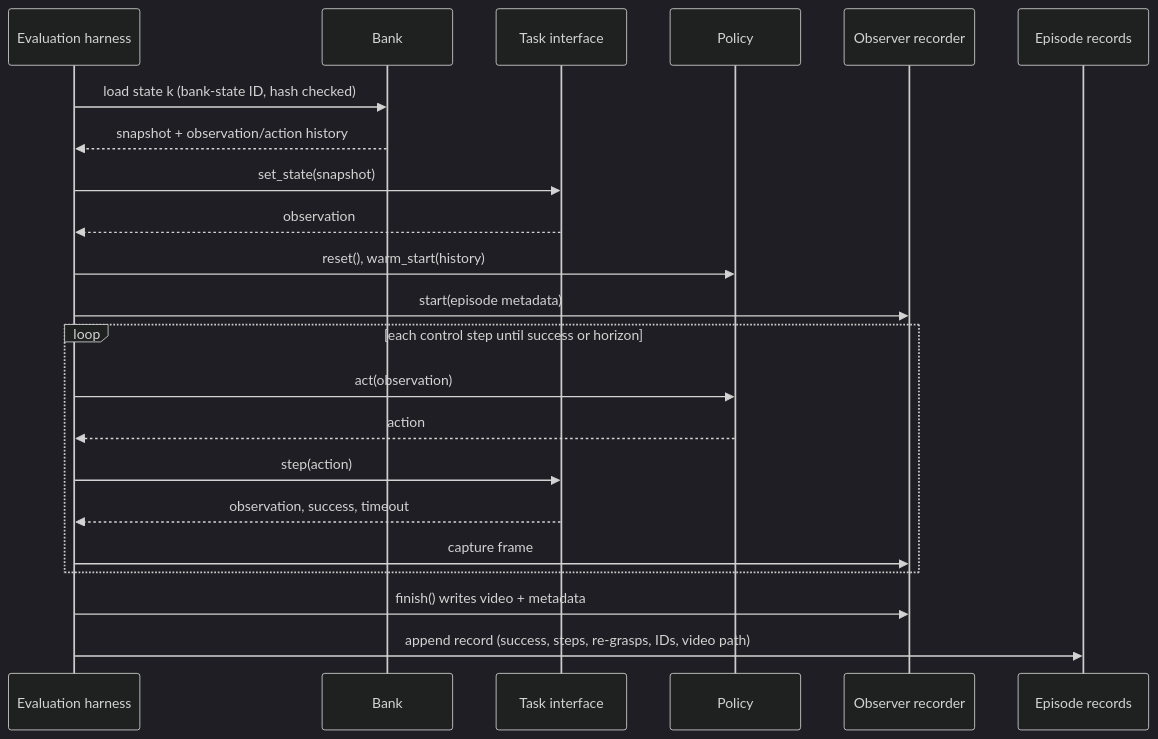
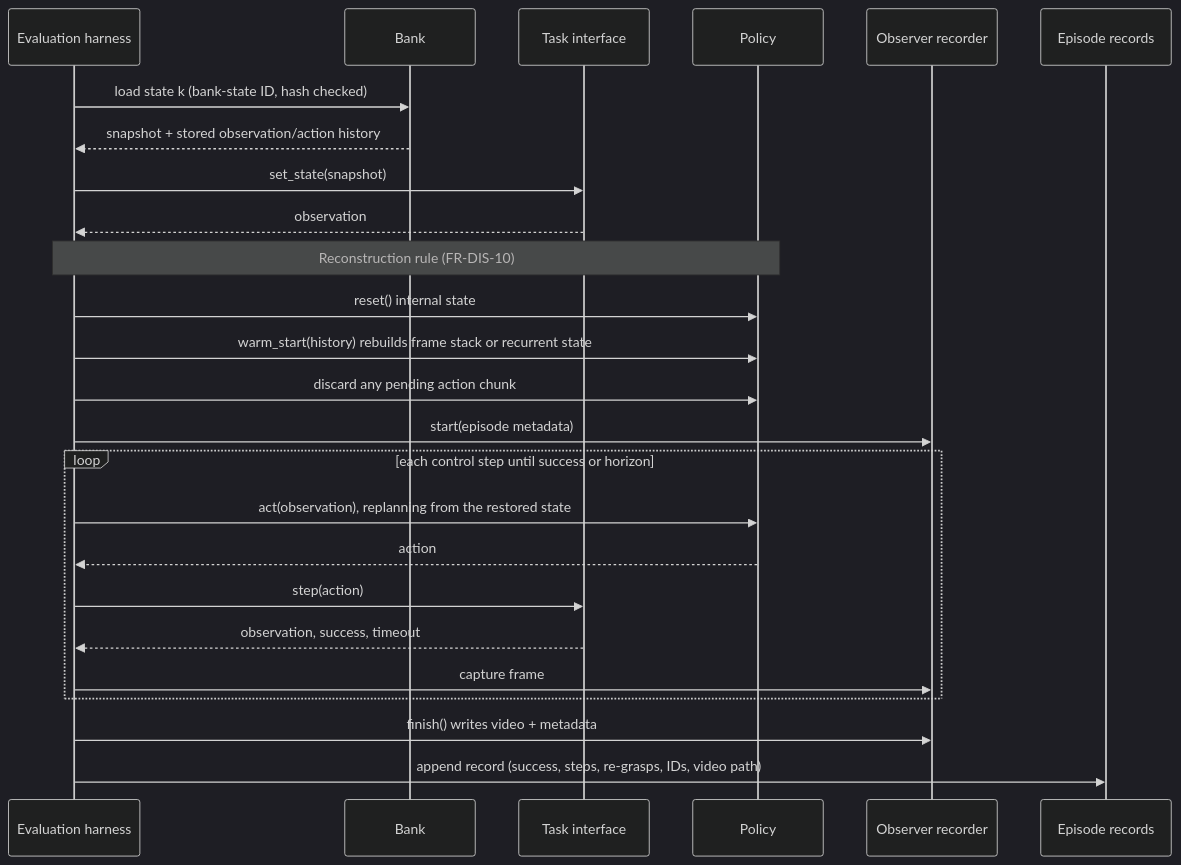
The fourth of 8 diagrams in docs/architecture.md (hongbinyang/afterslip), drawn with Mermaid (dark theme) before and after one commit. The commit also changed other lines of this file, not shown here.

First line of the commit message:
Revise architecture overview after review

````diff
--- a/docs/architecture.md
+++ b/docs/architecture.md
@@ -122,25 +130,28 @@
 ```mermaid
 sequenceDiagram
     participant H as Evaluation harness
     participant B as Bank
     participant T as Task interface
     participant P as Policy
     participant R as Observer recorder
     participant L as Episode records
 
     H->>B: load state k (bank-state ID, hash checked)
-    B-->>H: snapshot + observation/action history
+    B-->>H: snapshot + stored observation/action history
     H->>T: set_state(snapshot)
     T-->>H: observation
-    H->>P: reset(), warm_start(history)
+    Note over H,P: Reconstruction rule (FR-DIS-10)
+    H->>P: reset() internal state
+    H->>P: warm_start(history) rebuilds frame stack or recurrent state
+    H->>P: discard any pending action chunk
     H->>R: start(episode metadata)
     loop each control step until success or horizon
-        H->>P: act(observation)
+        H->>P: act(observation), replanning from the restored state
         P-->>H: action
         H->>T: step(action)
         T-->>H: observation, success, timeout
         H->>R: capture frame
     end
     H->>R: finish() writes video + metadata
     H->>L: append record (success, steps, re-grasps, IDs, video path)
 ```
````
